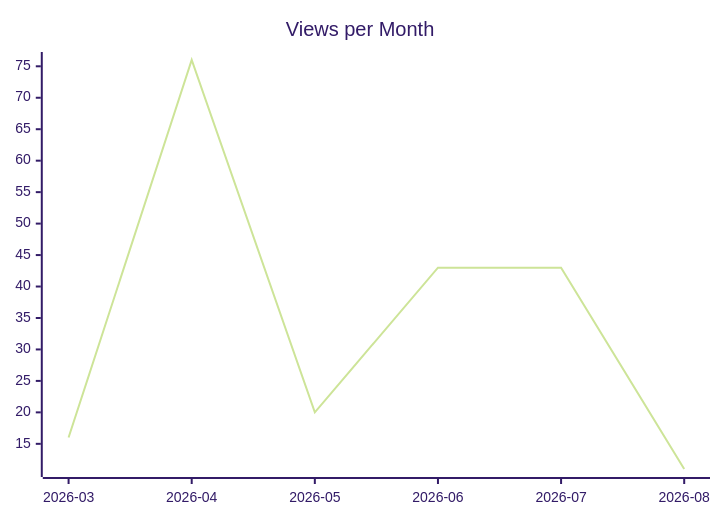
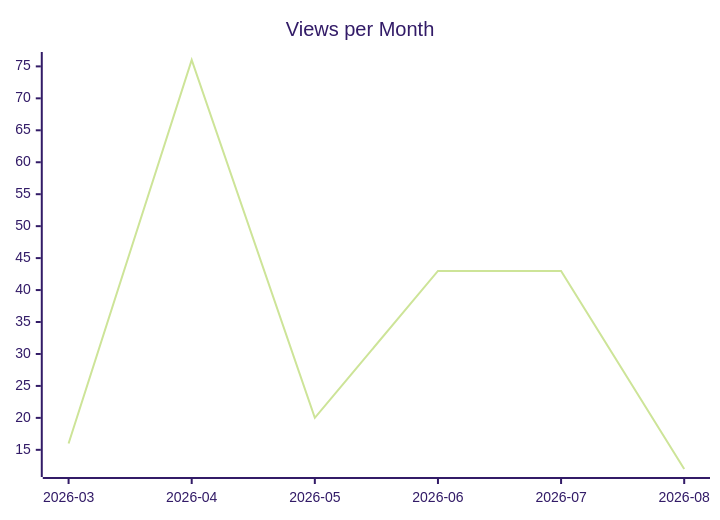
The second of 3 diagrams in karlmdavis/ksoap2-android/README.md (justdavis-family/github-analytics-data), drawn with Mermaid (forest theme) before and after one commit. The commit also changed other lines of this file and 154 other files, not shown here.

````diff
--- a/karlmdavis/ksoap2-android/README.md
+++ b/karlmdavis/ksoap2-android/README.md
@@ -12,6 +12,6 @@
 ```mermaid
 xychart-beta
   title "Views per Month"
   x-axis ["2026-03", "2026-04", "2026-05", "2026-06", "2026-07", "2026-08"]
-  line [16, 76, 20, 43, 43, 11]
+  line [16, 76, 20, 43, 43, 12]
 ```
````
